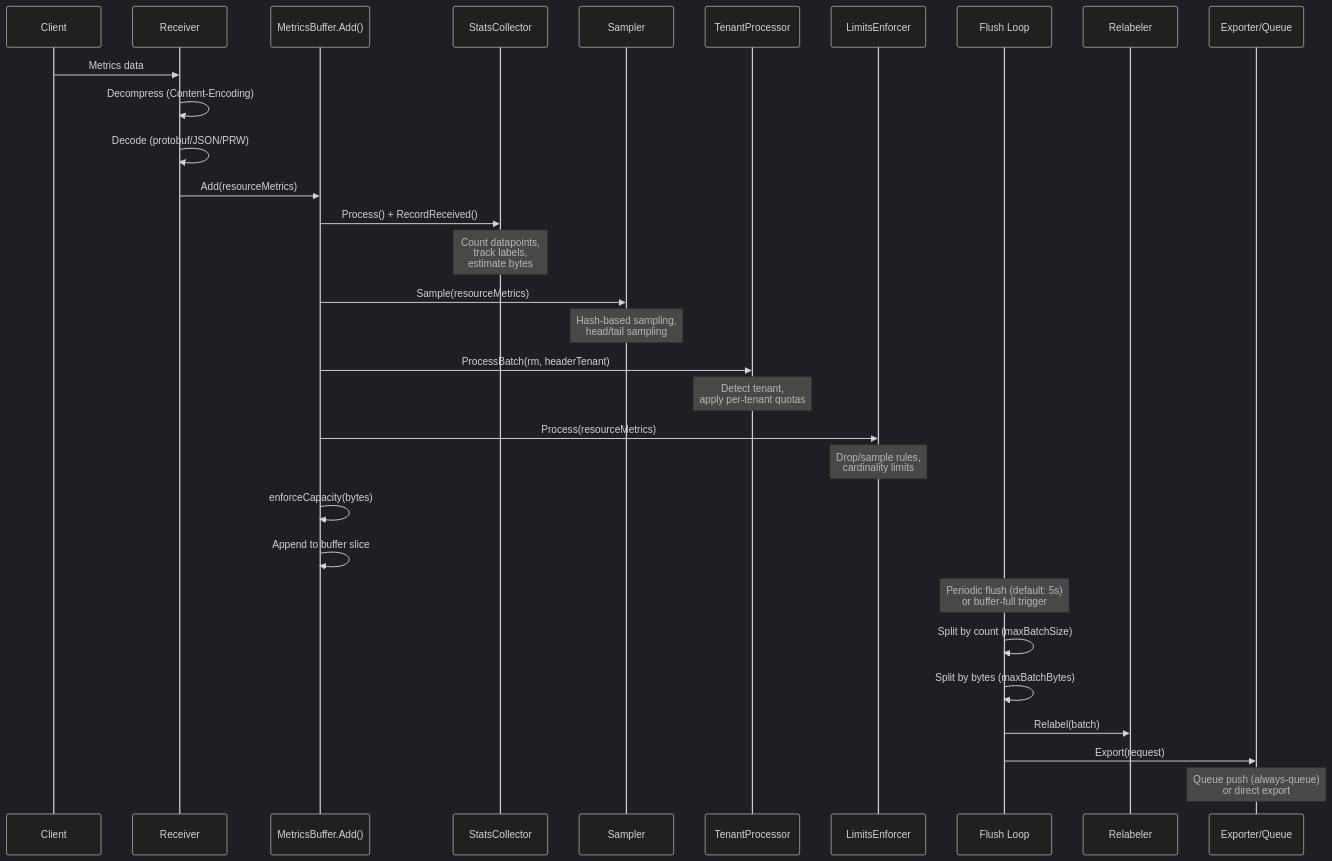
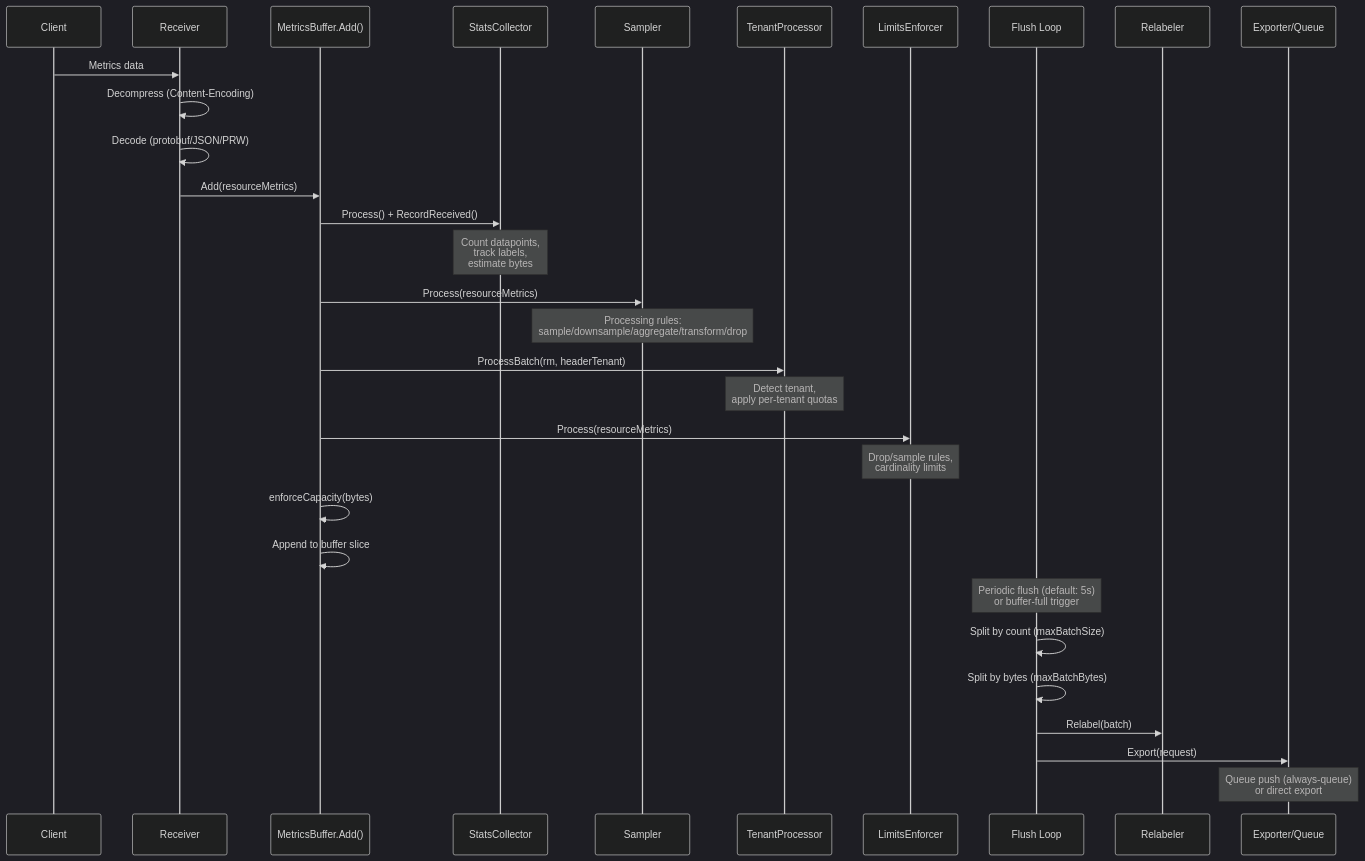
One commit to szibis/metrics-governor changed the fifth of 5 diagrams in docs/receiving.md. Above: the diagram before and after it, drawn with Mermaid (dark theme). The commit also changed other lines of this file and 48 other files, not shown here.

````diff
--- a/docs/receiving.md
+++ b/docs/receiving.md
@@ -428,42 +428,42 @@
 ```mermaid
 sequenceDiagram
     participant C as Client
     participant R as Receiver
     participant B as MetricsBuffer.Add()
     participant ST as StatsCollector
     participant SA as Sampler
     participant TP as TenantProcessor
     participant LI as LimitsEnforcer
     participant FL as Flush Loop
     participant RL as Relabeler
     participant EX as Exporter/Queue
 
     C->>R: Metrics data
     R->>R: Decompress (Content-Encoding)
     R->>R: Decode (protobuf/JSON/PRW)
 
     R->>B: Add(resourceMetrics)
     B->>ST: Process() + RecordReceived()
     Note over ST: Count datapoints,<br/>track labels,<br/>estimate bytes
 
-    B->>SA: Sample(resourceMetrics)
-    Note over SA: Hash-based sampling,<br/>head/tail sampling
+    B->>SA: Process(resourceMetrics)
+    Note over SA: Processing rules:<br/>sample/downsample/aggregate/transform/drop
 
     B->>TP: ProcessBatch(rm, headerTenant)
     Note over TP: Detect tenant,<br/>apply per-tenant quotas
 
     B->>LI: Process(resourceMetrics)
     Note over LI: Drop/sample rules,<br/>cardinality limits
 
     B->>B: enforceCapacity(bytes)
     B->>B: Append to buffer slice
 
     Note over FL: Periodic flush (default: 5s)<br/>or buffer-full trigger
 
     FL->>FL: Split by count (maxBatchSize)
     FL->>FL: Split by bytes (maxBatchBytes)
 
     FL->>RL: Relabel(batch)
     FL->>EX: Export(request)
     Note over EX: Queue push (always-queue)<br/>or direct export
 ```
````
